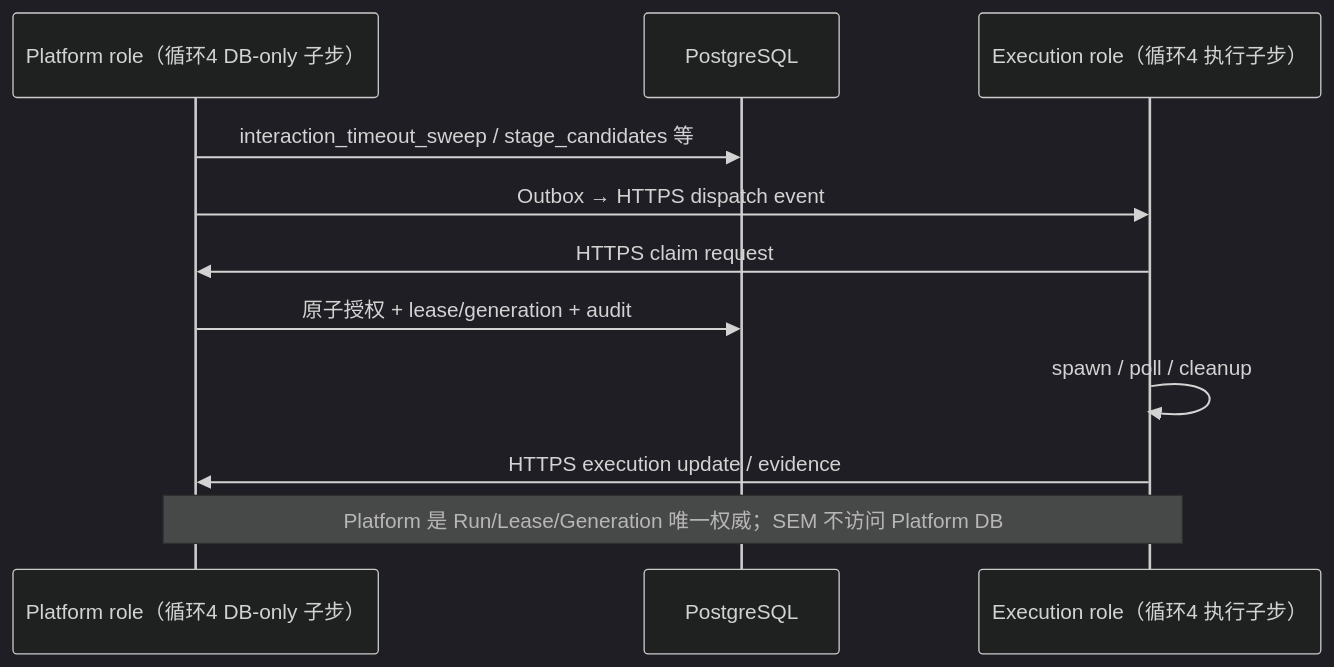
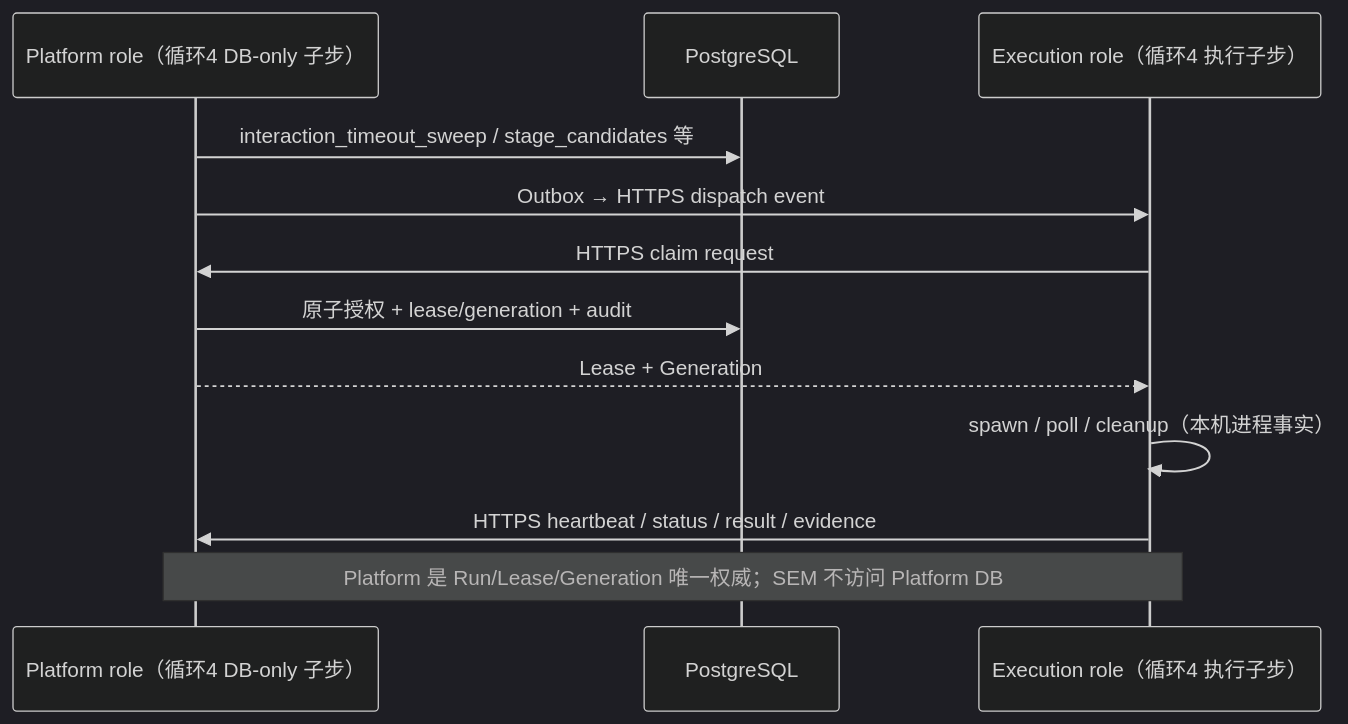
One commit to luqizheng/ai-pm changed the second of 2 diagrams in docs/architecture/server-execution-management/worker-role-separation.md. Above: the diagram before and after it, drawn with Mermaid (dark theme). The commit also changed other lines of this file, not shown here.

Commit message:
docs(sem): route execution lifecycle reads and writes through Platform API

````diff
--- a/docs/architecture/server-execution-management/worker-role-separation.md
+++ b/docs/architecture/server-execution-management/worker-role-separation.md
@@ -69,13 +69,14 @@
 ```mermaid
 sequenceDiagram
     participant P as Platform role（循环4 DB-only 子步）
     participant DB as PostgreSQL
     participant S as Execution role（循环4 执行子步）
     P->>DB: interaction_timeout_sweep / stage_candidates 等
     P->>S: Outbox → HTTPS dispatch event
     S->>P: HTTPS claim request
     P->>DB: 原子授权 + lease/generation + audit
-    S->>S: spawn / poll / cleanup
-    S->>P: HTTPS execution update / evidence
+    P-->>S: Lease + Generation
+    S->>S: spawn / poll / cleanup（本机进程事实）
+    S->>P: HTTPS heartbeat / status / result / evidence
     Note over P,S: Platform 是 Run/Lease/Generation 唯一权威；SEM 不访问 Platform DB
 ```
````
